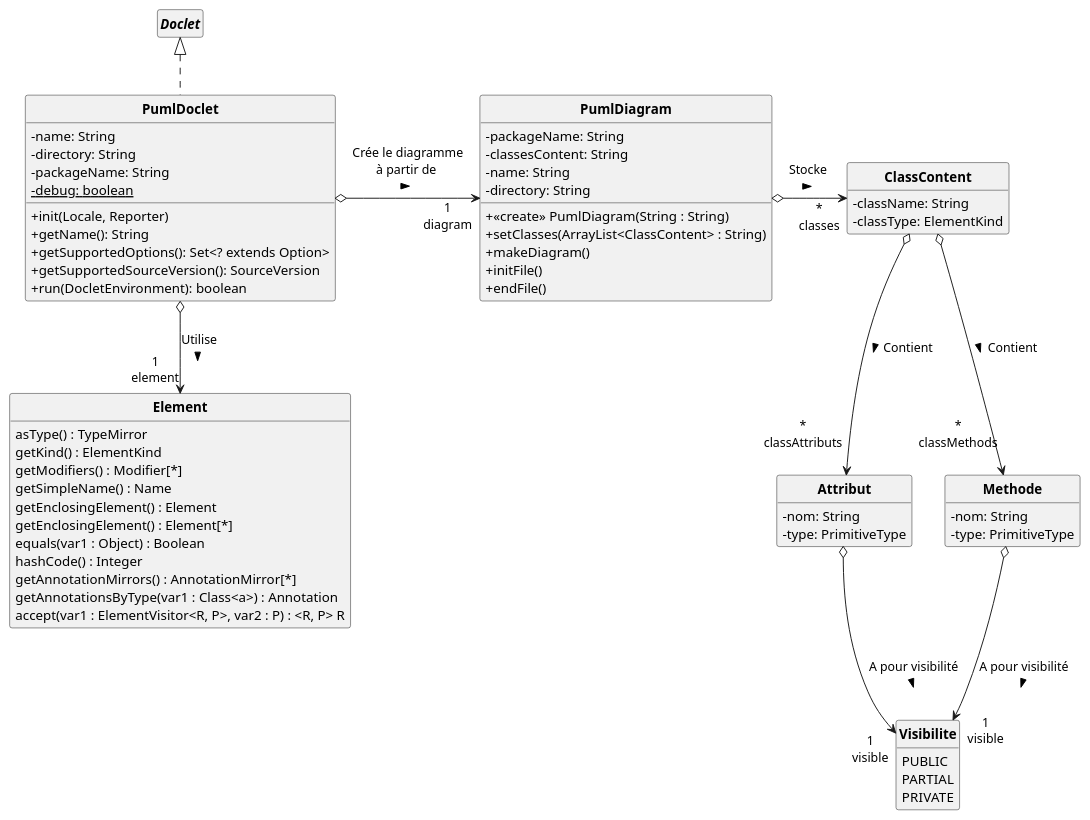
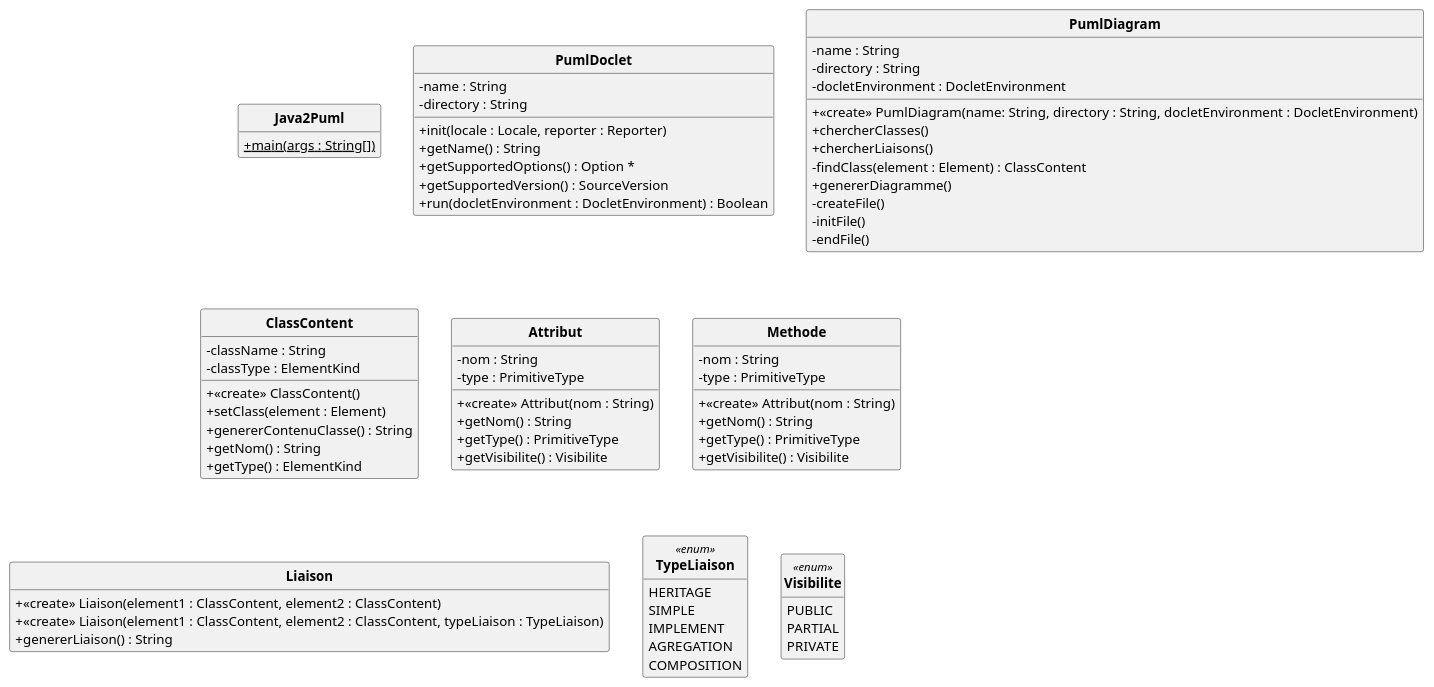
One commit to DimToups/Java-to-PUML-converter changed the diagram in uml/pumlFromJavaDCC.puml. Above: the diagram before and after it, drawn with PlantUML. The commit also changed 2 other files, not shown here.

```diff
--- a/uml/pumlFromJavaDCC.puml
+++ b/uml/pumlFromJavaDCC.puml
@@ -1,81 +1,78 @@
 @startuml
 'https://plantuml.com/class-diagram
 
 skinparam style strictuml
 skinparam classAttributeIconSize 0
 skinparam classFontStyle Bold
 
 hide empty members
 
-class PumlDoclet implements Doclet{
-    - name: String
-    - directory: String
-    - packageName: String
-    - {static}debug: boolean
-
-    + init(Locale, Reporter)
-    + getName(): String
-    + getSupportedOptions(): Set<? extends Option>
-    + getSupportedSourceVersion(): SourceVersion
-    + run(DocletEnvironment): boolean
+class Java2Puml{
+    + main(args : String[]) {static}
 }
-
-class PumlDiagram {
-    - packageName: String
-    - classesContent: String
-    - name: String
-    - directory: String
-
-    + <<create>> PumlDiagram(String : String)
-    + setClasses(ArrayList<ClassContent> : String)
-    + makeDiagram()
-    + initFile()
-    + endFile()
+class PumlDoclet{
+    - name : String
+    - directory : String
+    + init(locale : Locale, reporter : Reporter)
+    + getName() : String
+    + getSupportedOptions() : Option *
+    + getSupportedVersion() : SourceVersion
+    + run(docletEnvironment : DocletEnvironment) : Boolean
 }
-
-PumlDoclet o-> "1\ndiagram" PumlDiagram : Crée le diagramme\nà partir de \n >
-PumlDoclet o-d-> "1\nelement" Element : Utilise \n >
-PumlDiagram o-> "*\nclasses" ClassContent : Stocke \n >
-
-class Element {
-    asType() : TypeMirror
-    getKind() : ElementKind
-    getModifiers() : Modifier[*]
-    getSimpleName() : Name
-    getEnclosingElement() : Element
-    getEnclosingElement() : Element[*]
-    equals(var1 : Object) : Boolean
-    hashCode() : Integer
-    getAnnotationMirrors() : AnnotationMirror[*]
-    getAnnotationsByType(var1 : Class<a>) : Annotation
-    accept(var1 : ElementVisitor<R, P>, var2 : P) : <R, P> R
+class PumlDiagram{
+    - name : String
+    - directory : String
+    - docletEnvironment : DocletEnvironment
+    + <<create>> PumlDiagram(name: String, directory : String, docletEnvironment : DocletEnvironment)
+    + chercherClasses()
+    + chercherLiaisons()
+    - findClass(element : Element) : ClassContent
+    + genererDiagramme()
+    - createFile()
+    - initFile()
+    - endFile()
 }
-
-class ClassContent {
-    - className: String
-    - classType: ElementKind
+class ClassContent{
+    - className : String
+    - classType : ElementKind
+    + <<create>> ClassContent()
+    + setClass(element : Element)
+    + genererContenuClasse() : String
+    + getNom() : String
+    + getType() : ElementKind
 }
-
-class Attribut {
-    - nom: String
-    - type: PrimitiveType
+class Attribut{
+    - nom : String
+    - type : PrimitiveType
+    + <<create>> Attribut(nom : String)
+    + getNom() : String
+    + getType() : PrimitiveType
+    + getVisibilite() : Visibilite
 }
-
-class Methode {
-    - nom: String
-    - type: PrimitiveType
+class Methode{
+    - nom : String
+    - type : PrimitiveType
+    + <<create>> Attribut(nom : String)
+    + getNom() : String
+    + getType() : PrimitiveType
+    + getVisibilite() : Visibilite
 }
-
-enum Visibilite {
+class Liaison{
+    + <<create>> Liaison(element1 : ClassContent, element2 : ClassContent)
+    + <<create>> Liaison(element1 : ClassContent, element2 : ClassContent, typeLiaison : TypeLiaison)
+    + genererLiaison() : String
+}
+enum TypeLiaison <<enum>>{
+    HERITAGE
+    SIMPLE
+    IMPLEMENT
+    AGREGATION
+    COMPOSITION
+}
+enum Visibilite <<enum>>{
     PUBLIC
     PARTIAL
     PRIVATE
 }
 
-Attribut o-d-> "1\nvisible\n" Visibilite : A pour visibilité \n >
-Methode o-d-> "1\nvisible\n" Visibilite : A pour visibilité \n >
-ClassContent o-d-> "*\nclassMethods\n" Methode : Contient \t >
-ClassContent o-d-> "*\nclassAttributs\n" Attribut : Contient \t >
-
-
 @enduml
```
